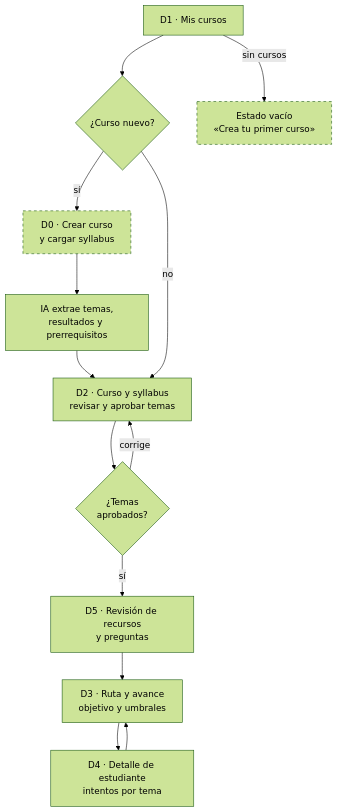
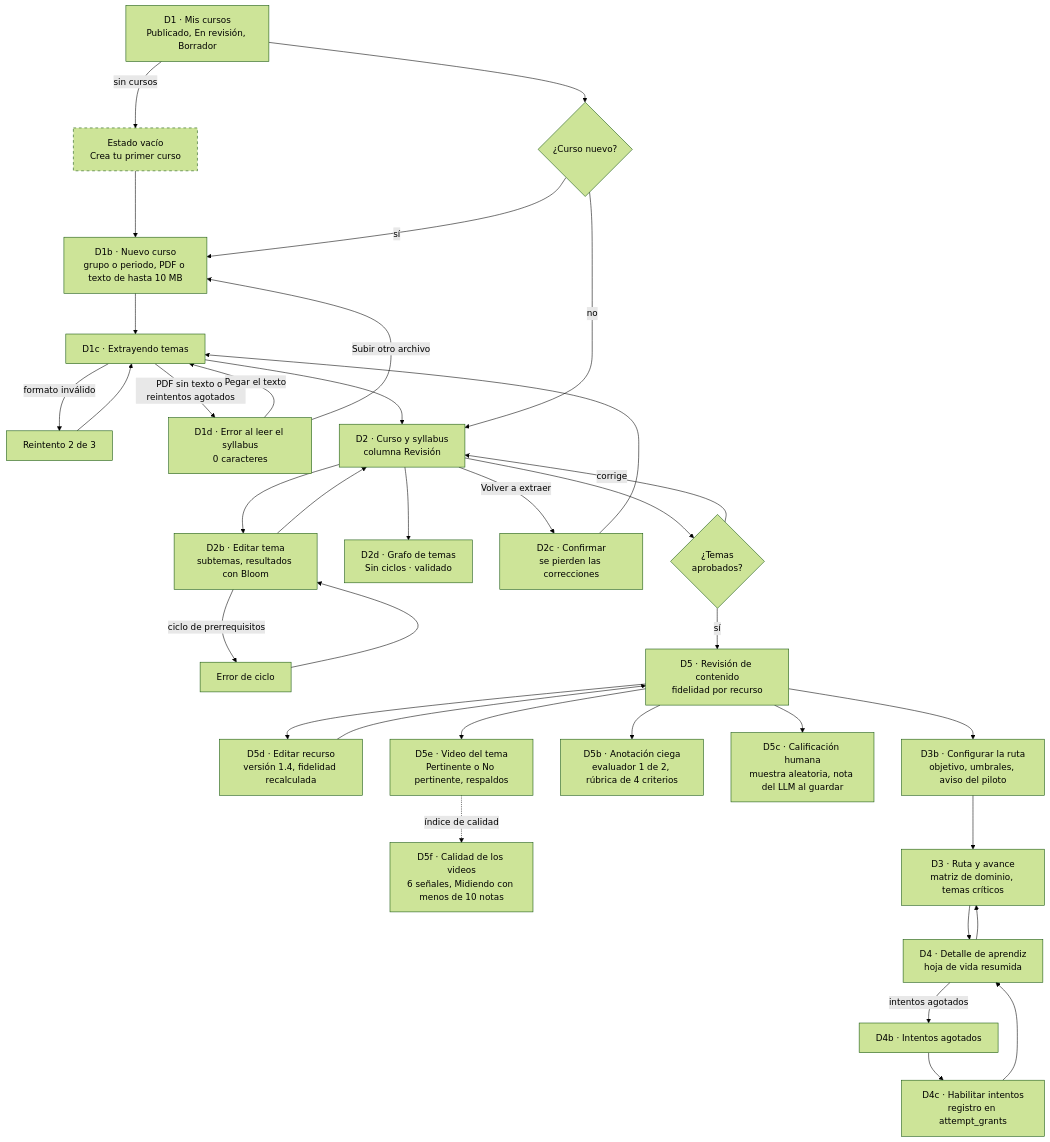
One commit to armandoordonez/smartmentor changed the third of 4 diagrams in design/01-flujo-y-casos-de-uso/flujos.md. Above: the diagram before and after it, drawn with Mermaid (forest theme). The commit also changed other lines of this file and 4 other files, not shown here.

````diff
--- a/design/01-flujo-y-casos-de-uso/flujos.md
+++ b/design/01-flujo-y-casos-de-uso/flujos.md
@@ -61,17 +114,37 @@
 ```mermaid
 flowchart TD
-    D1["D1 · Mis cursos"] --> N{"¿Curso nuevo?"}
-    N -- sí --> D0["D0 · Crear curso<br/>y cargar syllabus"]:::falta
-    D0 --> EXT["IA extrae temas,<br/>resultados y prerrequisitos"]
-    EXT --> D2
-    N -- no --> D2["D2 · Curso y syllabus<br/>revisar y aprobar temas"]
+    D1["D1 · Mis cursos<br/>Publicado, En revisión, Borrador"] --> N{"¿Curso nuevo?"}
+    D1 -- "sin cursos" --> VAC["Estado vacío<br/>Crea tu primer curso"]:::nuevo --> D1b
+    N -- sí --> D1b["D1b · Nuevo curso<br/>grupo o periodo, PDF o texto de hasta 10 MB"]
+    D1b --> D1c["D1c · Extrayendo temas"]
+    D1c -- "formato inválido" --> RET["Reintento 2 de 3"]
+    RET --> D1c
+    D1c -- "PDF sin texto o reintentos agotados" --> D1d["D1d · Error al leer el syllabus<br/>0 caracteres"]
+    D1d -- "Pegar el texto" --> D1c
+    D1d -- "Subir otro archivo" --> D1b
+    D1c --> D2["D2 · Curso y syllabus<br/>columna Revisión"]
+    N -- no --> D2
+    D2 --> D2b["D2b · Editar tema<br/>subtemas, resultados con Bloom"]
+    D2b -- "ciclo de prerrequisitos" --> CIC["Error de ciclo"] --> D2b
+    D2b --> D2
+    D2 --> D2d["D2d · Grafo de temas<br/>Sin ciclos · validado"]
+    D2 -- "Volver a extraer" --> D2c["D2c · Confirmar<br/>se pierden las correcciones"]
+    D2c --> D1c
     D2 --> AP{"¿Temas<br/>aprobados?"}
     AP -- corrige --> D2
-    AP -- sí --> D5["D5 · Revisión de recursos<br/>y preguntas"]
-    D5 --> D3["D3 · Ruta y avance<br/>objetivo y umbrales"]
-    D3 --> D4["D4 · Detalle de estudiante<br/>intentos por tema"]
+    AP -- sí --> D5["D5 · Revisión de contenido<br/>fidelidad por recurso"]
+    D5 --> D5d["D5d · Editar recurso<br/>versión 1.4, fidelidad recalculada"] --> D5
+    D5 --> D5e["D5e · Video del tema<br/>Pertinente o No pertinente, respaldos"]
+    D5 --> D5b["D5b · Anotación ciega<br/>evaluador 1 de 2, rúbrica de 4 criterios"]
+    D5 --> D5c["D5c · Calificación humana<br/>muestra aleatoria, nota del LLM al guardar"]
+    D5e -. "índice de calidad" .-> D5f["D5f · Calidad de los videos<br/>6 señales, Midiendo con menos de 10 notas"]
+    D5 --> D3b["D3b · Configurar la ruta<br/>objetivo, umbrales, aviso del piloto"]
+    D3b --> D3["D3 · Ruta y avance<br/>matriz de dominio, temas críticos"]
+    D3 --> D4["D4 · Detalle de aprendiz<br/>hoja de vida resumida"]
+    D4 -- "intentos agotados" --> D4b["D4b · Intentos agotados"]
+    D4b --> D4c["D4c · Habilitar intentos<br/>registro en attempt_grants"]
+    D4c --> D4
     D4 --> D3
-    D1 -- sin cursos --> VAC["Estado vacío<br/>«Crea tu primer curso»"]:::falta
 
-    classDef falta stroke-dasharray: 5 5
+    classDef nuevo stroke-dasharray: 5 5
 ```
````
